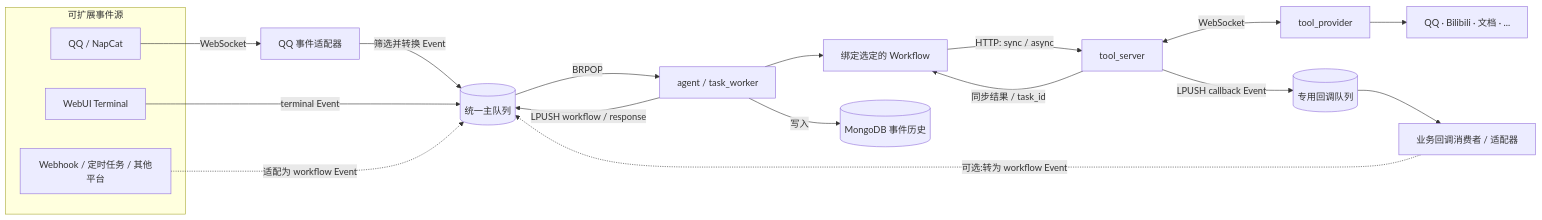
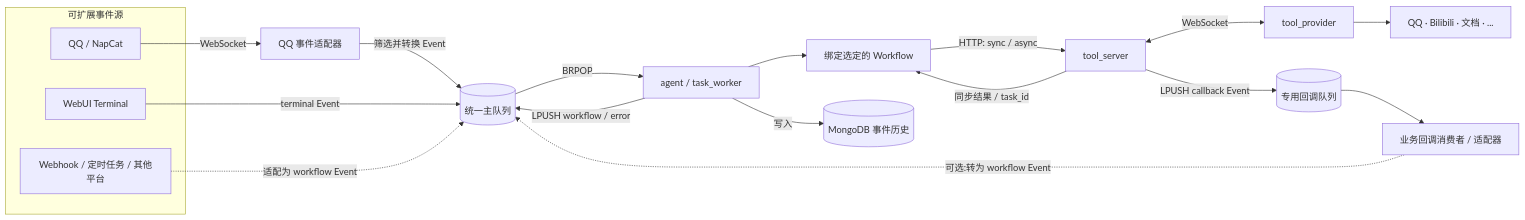
The diagram in README.md (g-Ironfox/AAgent), drawn with Mermaid before and after one commit. The commit also changed 14 other files, not shown here.

````diff
--- a/README.md
+++ b/README.md
@@ -71,23 +71,23 @@
 ```mermaid
 flowchart LR
     subgraph Sources[可扩展事件源]
         QQ[QQ / NapCat]
         Terminal[WebUI Terminal]
         Future[Webhook / 定时任务 / 其他平台]
     end
     QQ -->|WebSocket| QQAdapter[QQ 事件适配器]
     QQAdapter -->|筛选并转换 Event| MainQueue[(统一主队列)]
     Terminal -->|terminal Event| MainQueue
     Future -.->|适配为 workflow Event| MainQueue
     MainQueue -->|BRPOP| Agent[agent / task_worker]
     Agent --> Workflow[绑定选定的 Workflow]
     Workflow -->|HTTP: sync / async| ToolServer[tool_server]
     ToolServer -->|同步结果 / task_id| Workflow
     ToolServer <-->|WebSocket| Provider[tool_provider]
     Provider --> Ext[QQ · Bilibili · 文档 · ...]
     ToolServer -->|LPUSH callback Event| CallbackQueue[(专用回调队列)]
     CallbackQueue --> CallbackAdapter[业务回调消费者 / 适配器]
     CallbackAdapter -.->|可选:转为 workflow Event| MainQueue
     Agent -->|写入| History[(MongoDB 事件历史)]
-    Agent -->|LPUSH workflow / response| MainQueue
+    Agent -->|LPUSH workflow / error| MainQueue
 ```
````
